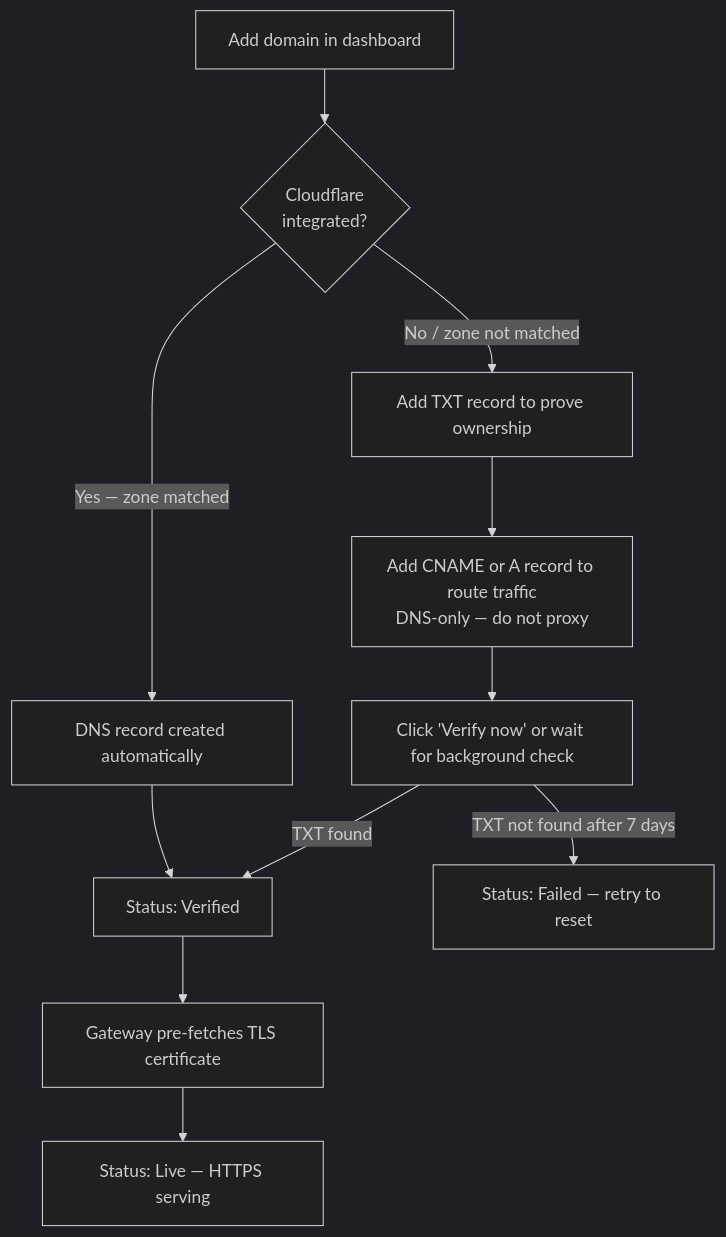
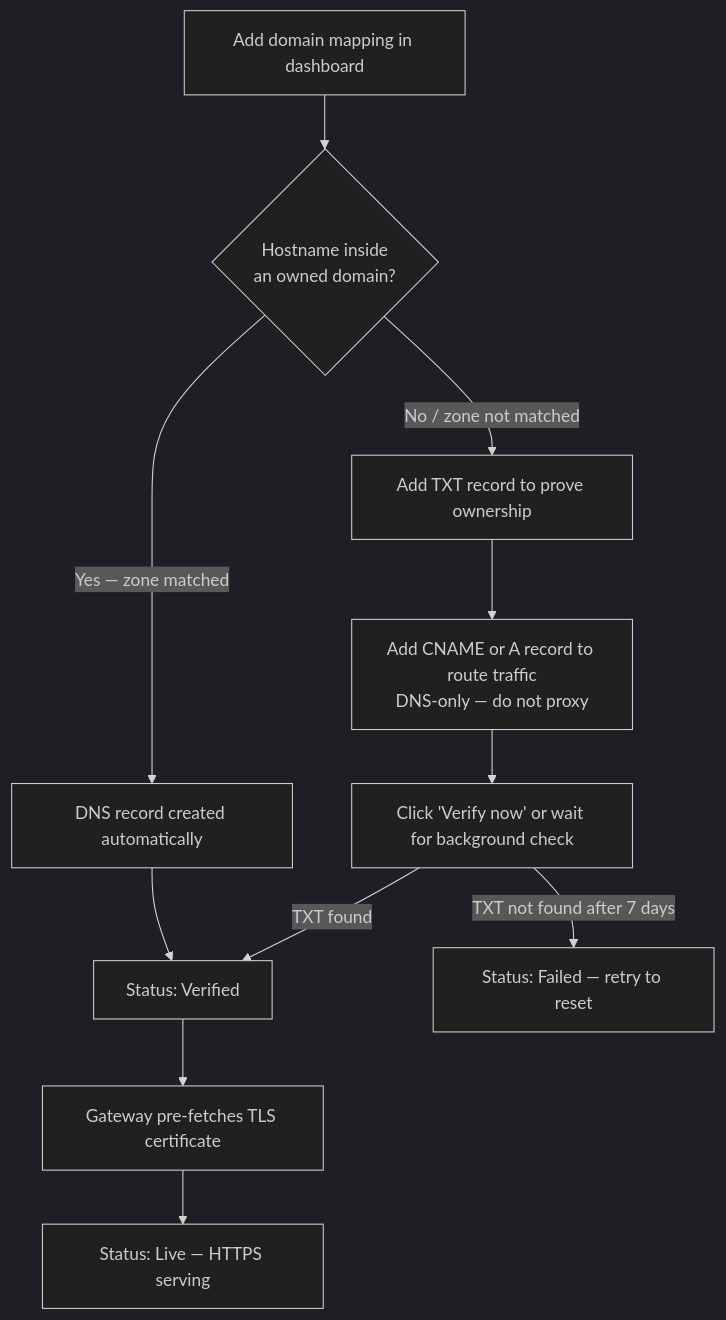
The diagram in edd-cloud-docs/docs/guides/custom-domains.md (EddisonSo/cloud), drawn with Mermaid (dark theme) before and after one commit. The commit also changed other lines of this file, not shown here.

Commit message:
docs: relabel custom-domains guide to Domains (owned) + Domain Mappings (hostname->container)

````diff
--- a/edd-cloud-docs/docs/guides/custom-domains.md
+++ b/edd-cloud-docs/docs/guides/custom-domains.md
@@ -16,13 +21,13 @@
 ```mermaid
 flowchart TD
-    A[Add domain in dashboard] --> B{Cloudflare\nintegrated?}
+    A[Add domain mapping in dashboard] --> B{Hostname inside\nan owned domain?}
     B -->|Yes — zone matched| AUTO[DNS record created automatically]
     B -->|No / zone not matched| TXT[Add TXT record to prove ownership]
     TXT --> CNAME[Add CNAME or A record to route traffic\nDNS-only — do not proxy]
     CNAME --> VER[Click 'Verify now' or wait for background check]
     VER -->|TXT found| E[Status: Verified]
     VER -->|TXT not found after 7 days| F[Status: Failed — retry to reset]
     AUTO --> E
     E --> G[Gateway pre-fetches TLS certificate]
     G --> H[Status: Live — HTTPS serving]
 ```
````
